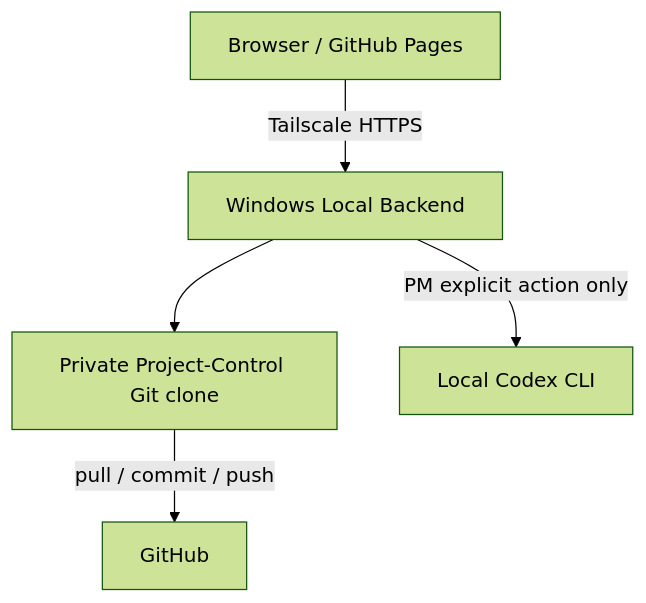
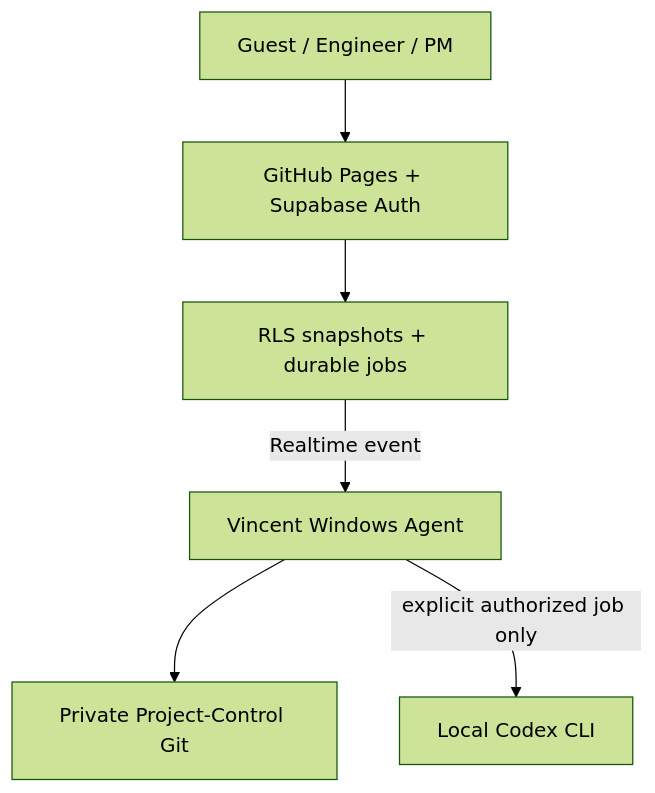
One commit to smartport-ntume/SmartPort-Progress-Hub changed the diagram in README.md. Above: the diagram before and after it, drawn with Mermaid (forest theme). The commit also changed other lines of this file and 45 other files, not shown here.

Commit message:
Add Supabase gateway and event-driven local agent

````diff
--- a/README.md
+++ b/README.md
@@ -9,7 +7,8 @@
 ```mermaid
 flowchart TD
-    B["Browser / GitHub Pages"] -->|"Tailscale HTTPS"| L["Windows Local Backend"]
-    L --> G["Private Project-Control Git clone"]
-    G -->|"pull / commit / push"| GH["GitHub"]
-    L -->|"PM explicit action only"| C["Local Codex CLI"]
+    U["Guest / Engineer / PM"] --> S["GitHub Pages + Supabase Auth"]
+    S --> D["RLS snapshots + durable jobs"]
+    D -->|"Realtime event"| A["Vincent Windows Agent"]
+    A --> G["Private Project-Control Git"]
+    A -->|"explicit authorized job only"| C["Local Codex CLI"]
 ```
````
